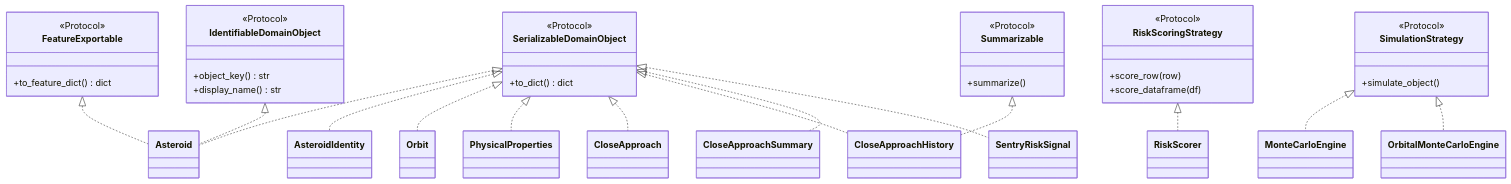
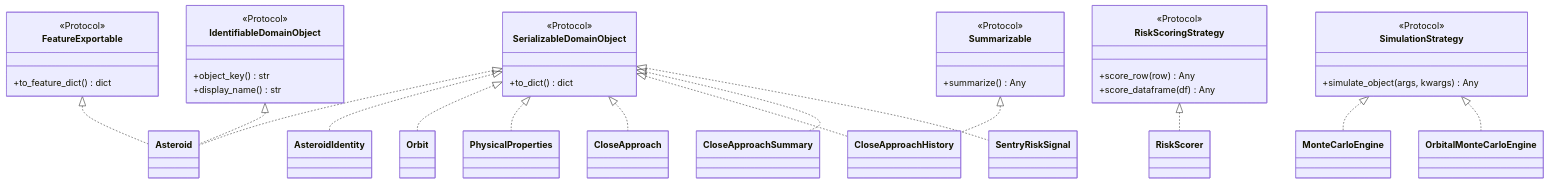
Before and after one commit to LiamSalazar/NEO-Angele-Risk-Lab: the diagram in docs/diagrams/class_diagram_domain_contracts.mmd, drawn with Mermaid. The commit also changed 30 other files, not shown here.

```diff
--- a/docs/diagrams/class_diagram_domain_contracts.mmd
+++ b/docs/diagrams/class_diagram_domain_contracts.mmd
@@ -1,53 +1,59 @@
 classDiagram
     class SerializableDomainObject {
         <<Protocol>>
         +to_dict() dict
     }
+
     class FeatureExportable {
         <<Protocol>>
         +to_feature_dict() dict
     }
+
     class IdentifiableDomainObject {
         <<Protocol>>
         +object_key() str
         +display_name() str
     }
+
     class Summarizable {
         <<Protocol>>
-        +summarize()
+        +summarize() Any
     }
+
     class RiskScoringStrategy {
         <<Protocol>>
-        +score_row(row)
-        +score_dataframe(df)
+        +score_row(row) Any
+        +score_dataframe(df) Any
     }
+
     class SimulationStrategy {
         <<Protocol>>
-        +simulate_object()
+        +simulate_object(args, kwargs) Any
     }
+
     class Asteroid
     class AsteroidIdentity
     class Orbit
     class PhysicalProperties
     class CloseApproach
     class CloseApproachHistory
     class CloseApproachSummary
     class SentryRiskSignal
     class RiskScorer
     class MonteCarloEngine
     class OrbitalMonteCarloEngine
 
     SerializableDomainObject <|.. Asteroid
     FeatureExportable <|.. Asteroid
     IdentifiableDomainObject <|.. Asteroid
     SerializableDomainObject <|.. AsteroidIdentity
     SerializableDomainObject <|.. Orbit
     SerializableDomainObject <|.. PhysicalProperties
     SerializableDomainObject <|.. CloseApproach
     SerializableDomainObject <|.. CloseApproachHistory
     Summarizable <|.. CloseApproachHistory
     SerializableDomainObject <|.. CloseApproachSummary
     SerializableDomainObject <|.. SentryRiskSignal
     RiskScoringStrategy <|.. RiskScorer
     SimulationStrategy <|.. MonteCarloEngine
     SimulationStrategy <|.. OrbitalMonteCarloEngine
```
